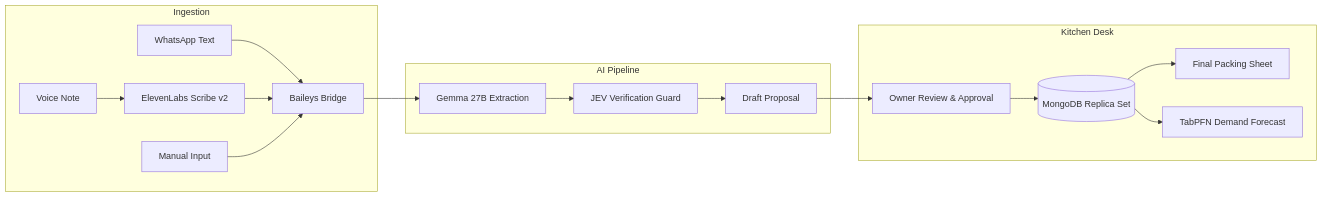
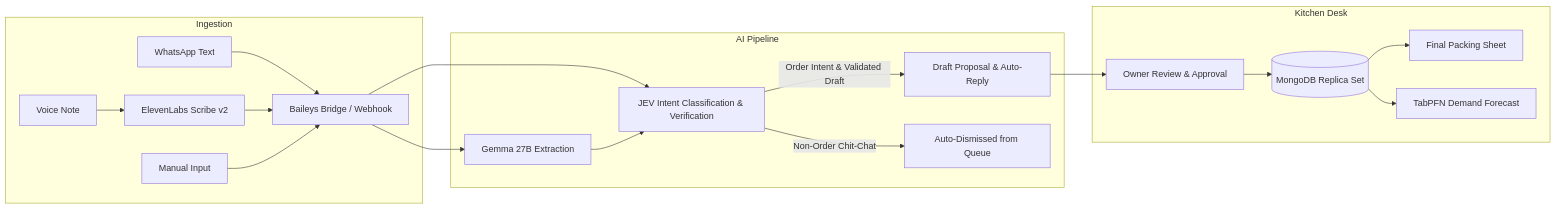
One commit to taqui-786/tiffintally changed the diagram in README.md. Above: the diagram before and after it, drawn with Mermaid. The commit also changed other lines of this file, not shown here.

Commit message:
docs: update README with detailed AI triage, JEV workflow, and WhatsApp ingestion architecture

````diff
--- a/README.md
+++ b/README.md
@@ -77,22 +80,24 @@
 ```mermaid
 flowchart LR
     subgraph Ingestion
-        W[WhatsApp Text] --> B[Baileys Bridge]
+        W[WhatsApp Text] --> B[Baileys Bridge / Webhook]
         V[Voice Note] --> E[ElevenLabs Scribe v2]
         E --> B
         M[Manual Input] --> B
     end
 
     subgraph AI Pipeline
         B --> G[Gemma 27B Extraction]
-        G --> J[JEV Verification Guard]
-        J --> P[Draft Proposal]
+        B --> J[JEV Intent Classification & Verification]
+        G --> J
+        J -->|Order Intent & Validated Draft| P[Draft Proposal & Auto-Reply]
+        J -->|Non-Order Chit-Chat| D[Auto-Dismissed from Queue]
     end
 
     subgraph Kitchen Desk
         P --> R[Owner Review & Approval]
         R --> T[(MongoDB Replica Set)]
         T --> S[Final Packing Sheet]
         T --> F[TabPFN Demand Forecast]
     end
 ```
````
